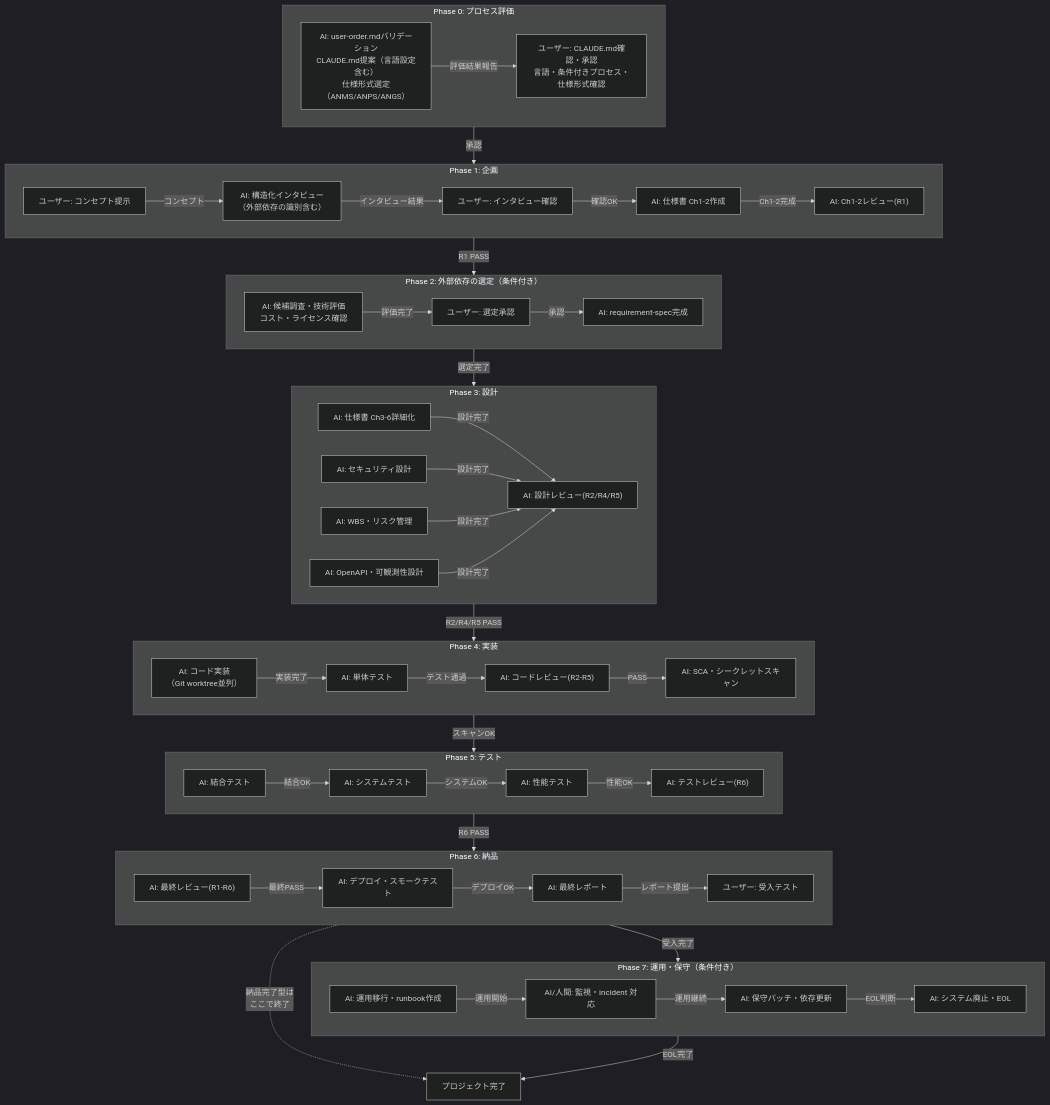
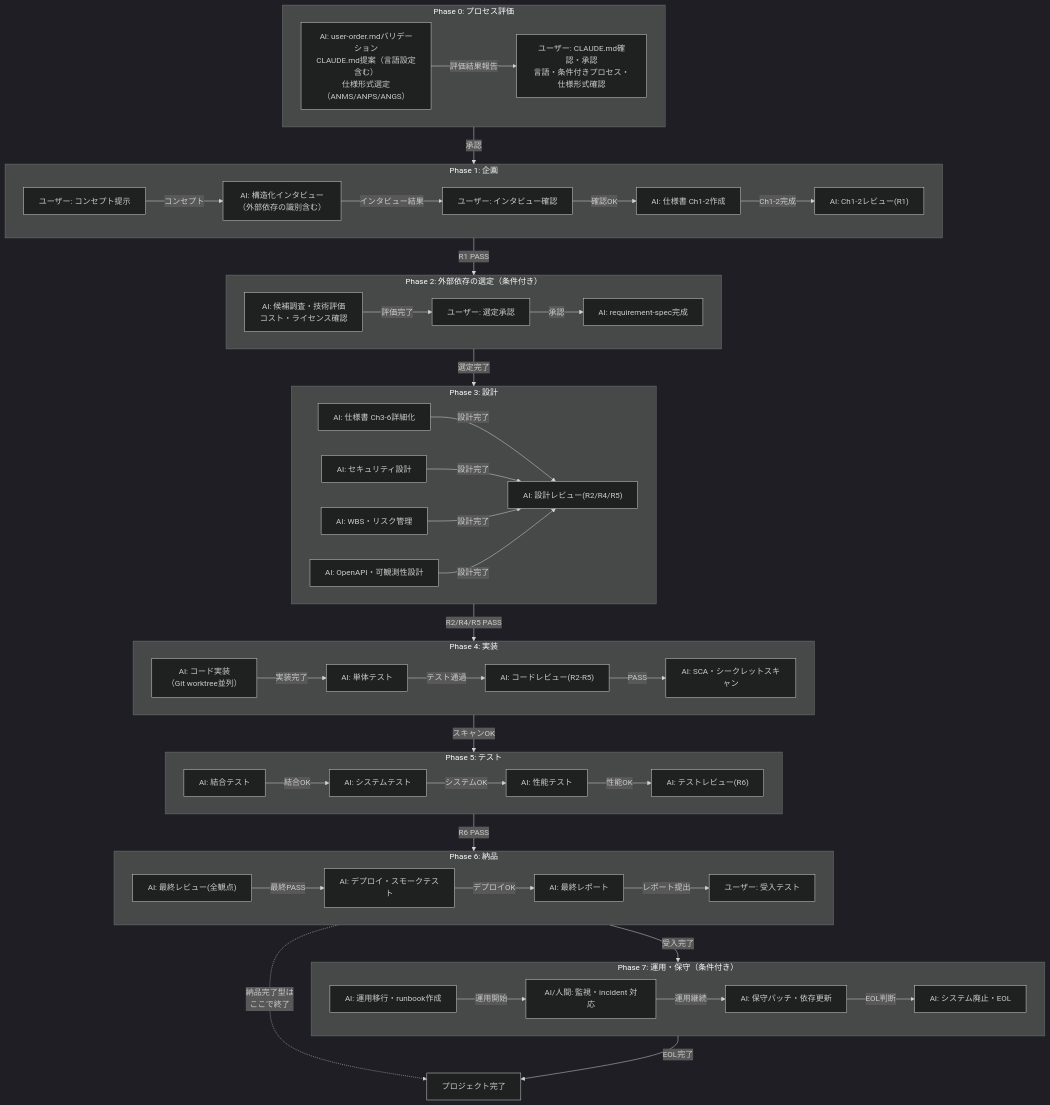
Before and after one commit to GoodRelax/gr-sw-maker: the second of 12 diagrams in process-rules/full-auto-dev-process-rules-ja.md, drawn with Mermaid (dark theme). The commit also changed other lines of this file and 23 other files, not shown here.

```diff
--- a/process-rules/full-auto-dev-process-rules-ja.md
+++ b/process-rules/full-auto-dev-process-rules-ja.md
@@ -304,7 +304,7 @@
     end
 
     subgraph Phase6["Phase 6: 納品"]
-        P6A["AI: 最終レビュー(R1-R6)"]
+        P6A["AI: 最終レビュー(全観点)"]
         P6B["AI: デプロイ・スモークテスト"]
         P6C["AI: 最終レポート"]
         P6D["ユーザー: 受入テスト"]
```
